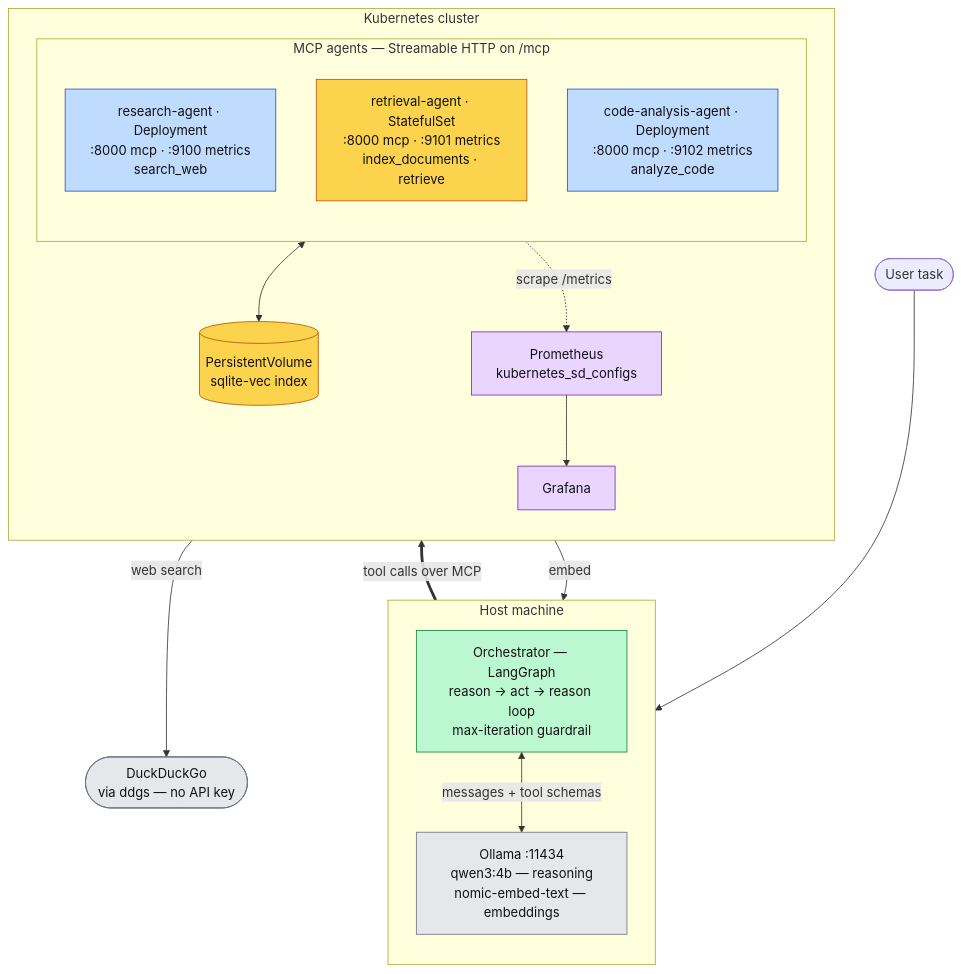
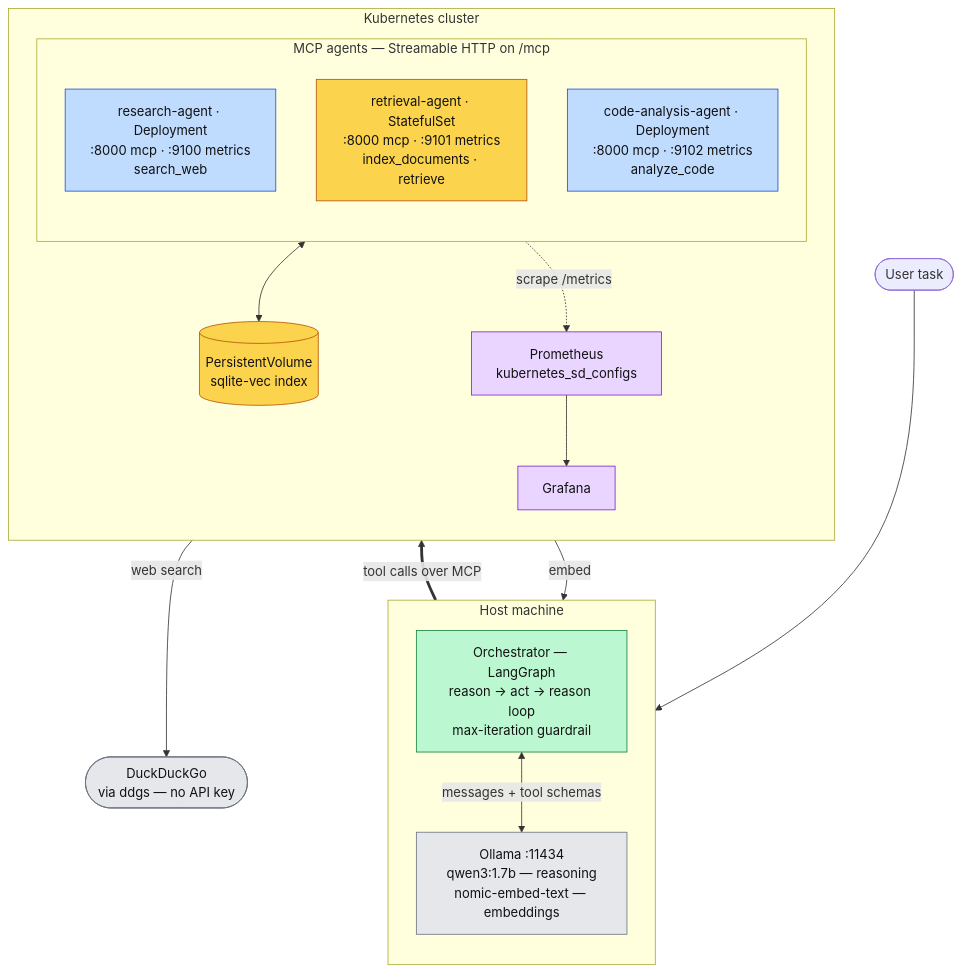
Before and after one commit to mh-naderi/distributed-agent-orchestrator: the diagram in README.md, drawn with Mermaid. The commit also changed other lines of this file and 10 other files, not shown here.

````diff
--- a/README.md
+++ b/README.md
@@ -33,48 +33,48 @@
 ```mermaid
 flowchart TB
     TASK(["User task"])
 
     subgraph HOST["Host machine"]
         direction TB
         ORCH["Orchestrator — LangGraph<br/>reason → act → reason loop<br/>max-iteration guardrail"]
-        OLLAMA["Ollama :11434<br/>qwen3:4b — reasoning<br/>nomic-embed-text — embeddings"]
+        OLLAMA["Ollama :11434<br/>qwen3:1.7b — reasoning<br/>nomic-embed-text — embeddings"]
     end
 
     subgraph CLUSTER["Kubernetes cluster"]
         direction TB
         subgraph AGENTS["MCP agents — Streamable HTTP on /mcp"]
             direction TB
             RES["research-agent · Deployment<br/>:8000 mcp · :9100 metrics<br/>search_web"]
             RET["retrieval-agent · StatefulSet<br/>:8000 mcp · :9101 metrics<br/>index_documents · retrieve"]
             CODE["code-analysis-agent · Deployment<br/>:8000 mcp · :9102 metrics<br/>analyze_code"]
         end
         PVC[("PersistentVolume<br/>sqlite-vec index")]
         PROM["Prometheus<br/>kubernetes_sd_configs"]
         GRAF["Grafana"]
     end
 
     WEB(["DuckDuckGo<br/>via ddgs — no API key"])
 
     TASK --> ORCH
     ORCH <-->|"messages + tool schemas"| OLLAMA
     ORCH ==>|"tool calls over MCP"| AGENTS
 
     RES -->|"web search"| WEB
     RET -->|"embed"| OLLAMA
     RET <--> PVC
 
     AGENTS -.->|"scrape /metrics"| PROM
     PROM --> GRAF
 
     classDef stateful fill:#fcd34d,stroke:#b45309,color:#111
     classDef stateless fill:#bfdbfe,stroke:#1d4ed8,color:#111
     classDef external fill:#e5e7eb,stroke:#6b7280,color:#111
     classDef core fill:#bbf7d0,stroke:#15803d,color:#111
     classDef obs fill:#e9d5ff,stroke:#7e22ce,color:#111
 
     class RET,PVC stateful
     class RES,CODE stateless
     class WEB,OLLAMA external
     class ORCH core
     class PROM,GRAF obs
 ```
````
